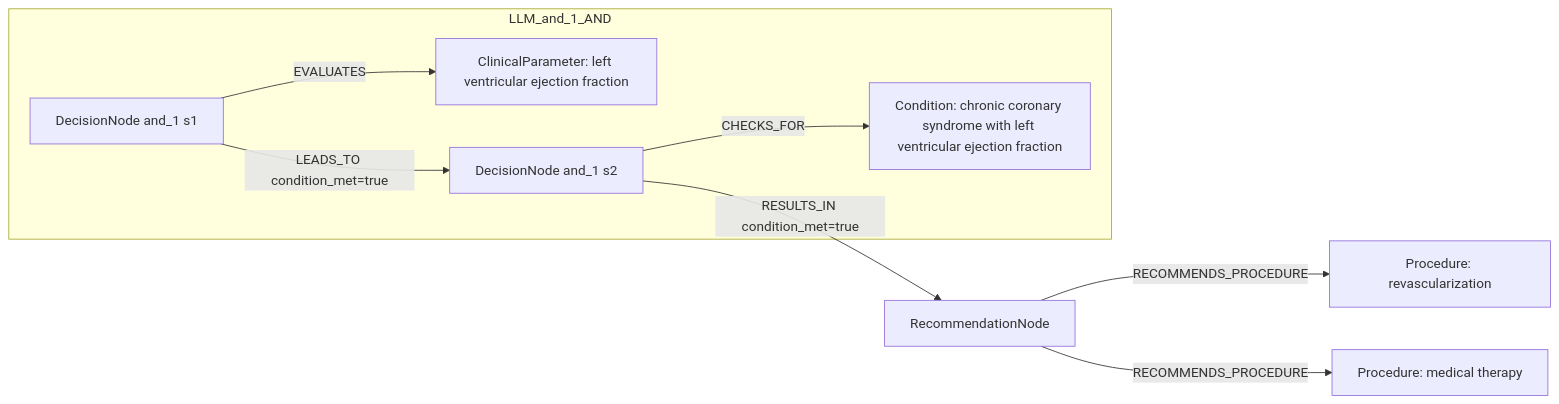
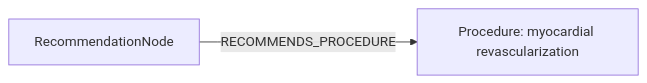
One commit to dieterich-lab/CardioGuidelinesGraph changed the second of 2 diagrams in docs/table22_rows_comparison/row_12.md. Above: the diagram before and after it, drawn with Mermaid. The commit also changed other lines of this file and 20 other files, not shown here.

````diff
--- a/docs/table22_rows_comparison/row_12.md
+++ b/docs/table22_rows_comparison/row_12.md
@@ -271,18 +232,6 @@
 ```mermaid
 graph LR
   REC[RecommendationNode]
-  ACT1[Procedure: revascularization]
+  ACT1[Procedure: myocardial revascularization]
   REC -->|RECOMMENDS_PROCEDURE| ACT1
-  ACT2[Procedure: medical therapy]
-  REC -->|RECOMMENDS_PROCEDURE| ACT2
-  subgraph LLM_and_1_AND
-    D_and_1_1[DecisionNode and_1 s1]
-    C_and_1_1[ClinicalParameter: left ventricular ejection fraction]
-    D_and_1_1 -->|EVALUATES| C_and_1_1
-    D_and_1_2[DecisionNode and_1 s2]
-    C_and_1_2[Condition: chronic coronary syndrome with left ventricular ejection fraction]
-    D_and_1_2 -->|CHECKS_FOR| C_and_1_2
-    D_and_1_1 -->|LEADS_TO condition_met=true| D_and_1_2
-  end
-  D_and_1_2 -->|RESULTS_IN condition_met=true| REC
 ```
````
